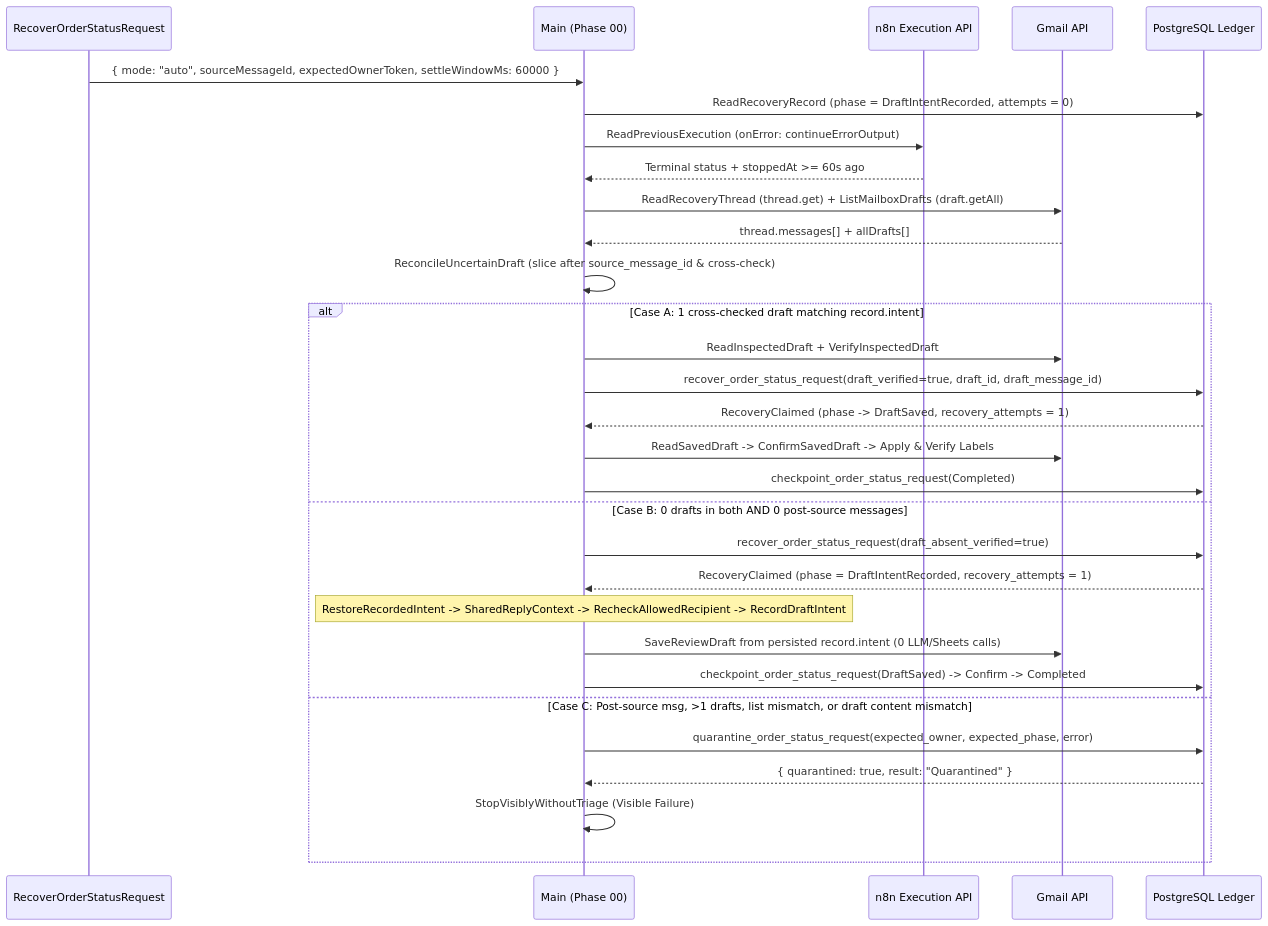
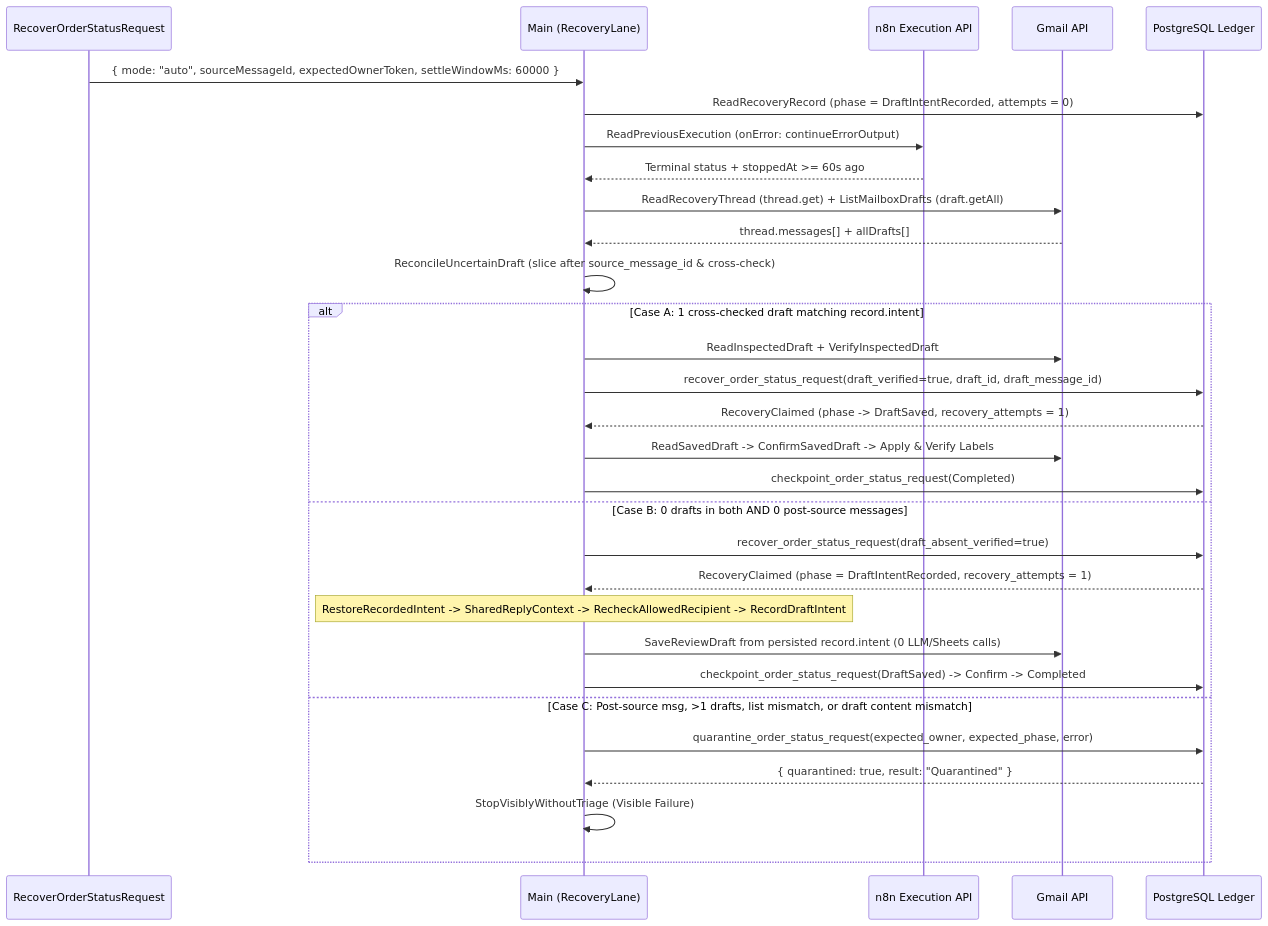
The eighth of 8 diagrams in docs/system-design.md (mickoSugianto/n8n-OrderStatusReplyDrafter), drawn with Mermaid before and after one commit. The commit also changed other lines of this file and 18 other files, not shown here.

````diff
--- a/docs/system-design.md
+++ b/docs/system-design.md
@@ -716,34 +715,34 @@
 ```mermaid
 sequenceDiagram
   participant S as RecoverOrderStatusRequest
-  participant M as Main (Phase 00)
+  participant M as Main (RecoveryLane)
   participant N as n8n Execution API
   participant G as Gmail API
   participant P as PostgreSQL Ledger
 
   S->>M: { mode: "auto", sourceMessageId, expectedOwnerToken, settleWindowMs: 60000 }
   M->>P: ReadRecoveryRecord (phase = DraftIntentRecorded, attempts = 0)
   M->>N: ReadPreviousExecution (onError: continueErrorOutput)
   N-->>M: Terminal status + stoppedAt >= 60s ago
   M->>G: ReadRecoveryThread (thread.get) + ListMailboxDrafts (draft.getAll)
   G-->>M: thread.messages[] + allDrafts[]
   M->>M: ReconcileUncertainDraft (slice after source_message_id & cross-check)
 
   alt Case A: 1 cross-checked draft matching record.intent
     M->>G: ReadInspectedDraft + VerifyInspectedDraft
     M->>P: recover_order_status_request(draft_verified=true, draft_id, draft_message_id)
     P-->>M: RecoveryClaimed (phase -> DraftSaved, recovery_attempts = 1)
     M->>G: ReadSavedDraft -> ConfirmSavedDraft -> Apply & Verify Labels
     M->>P: checkpoint_order_status_request(Completed)
   else Case B: 0 drafts in both AND 0 post-source messages
     M->>P: recover_order_status_request(draft_absent_verified=true)
     P-->>M: RecoveryClaimed (phase = DraftIntentRecorded, recovery_attempts = 1)
     Note over M: RestoreRecordedIntent -> SharedReplyContext -> RecheckAllowedRecipient -> RecordDraftIntent
     M->>G: SaveReviewDraft from persisted record.intent (0 LLM/Sheets calls)
     M->>P: checkpoint_order_status_request(DraftSaved) -> Confirm -> Completed
   else Case C: Post-source msg, >1 drafts, list mismatch, or draft content mismatch
     M->>P: quarantine_order_status_request(expected_owner, expected_phase, error)
     P-->>M: { quarantined: true, result: "Quarantined" }
     M->>M: StopVisiblyWithoutTriage (Visible Failure)
   end
 ```
````
